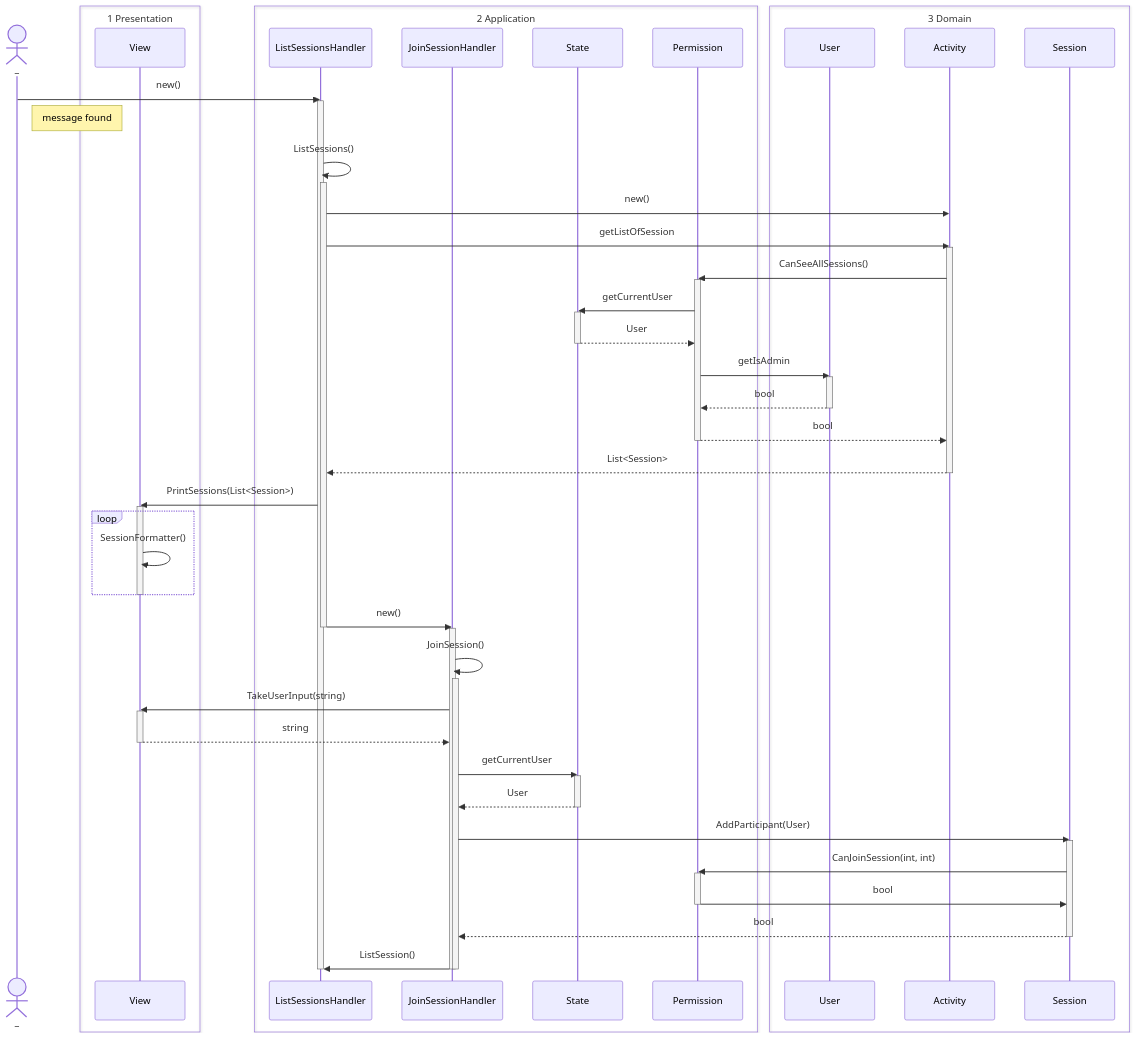
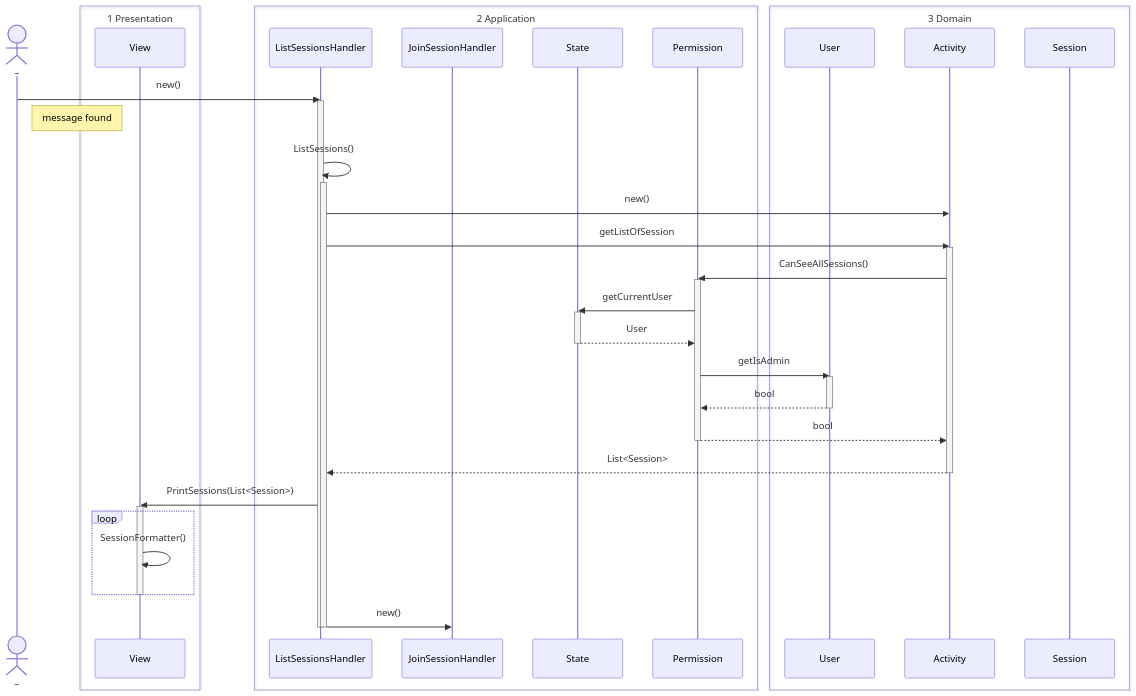
One commit to MatiasHeiberg/1.semesterprojekt changed the sixth of 6 diagrams in 02 notes/Sekvensdiagram.md. Above: the diagram before and after it, drawn with Mermaid. The commit also changed other lines of this file and 2 other files, not shown here.

````diff
--- a/02 notes/Sekvensdiagram.md
+++ b/02 notes/Sekvensdiagram.md
@@ -279,41 +340,6 @@
 		ListSessionsHandler->>JoinSessionHandler: new()
 		
 	deactivate ListSessionsHandler
-	activate JoinSessionHandler
-		
-		JoinSessionHandler->>JoinSessionHandler: JoinSession()
-		activate JoinSessionHandler
-			
-			JoinSessionHandler->>View: TakeUserInput(string)
-			activate View
-				
-				View-->>JoinSessionHandler: string
-				
-			deactivate View
-			
-			JoinSessionHandler->>State: getCurrentUser
-			activate State
-				
-				State-->>JoinSessionHandler: User
-				
-			deactivate State
-			JoinSessionHandler->>Session: AddParticipant(User)
-			activate Session
-				
-				Session->>Permission: CanJoinSession(int, int)
-				activate Permission
-					
-					Permission->>Session: bool
-					
-				deactivate Permission
-				Session-->>JoinSessionHandler: bool
-				
-			deactivate Session
-			JoinSessionHandler->>ListSessionsHandler: ListSession()
-			
-		deactivate JoinSessionHandler
-		
-	deactivate JoinSessionHandler
 	
 deactivate ListSessionsHandler
 ```
````
